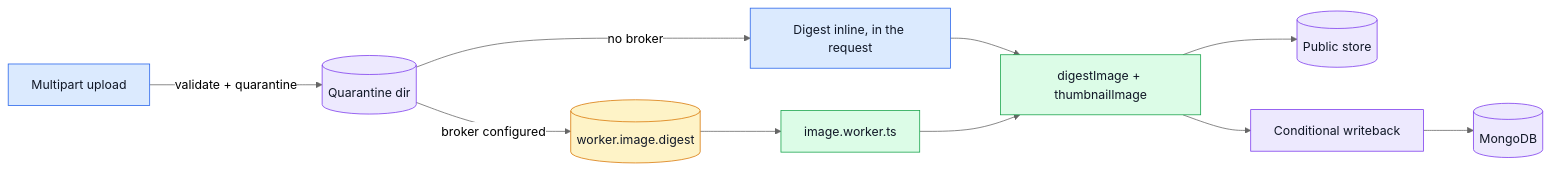
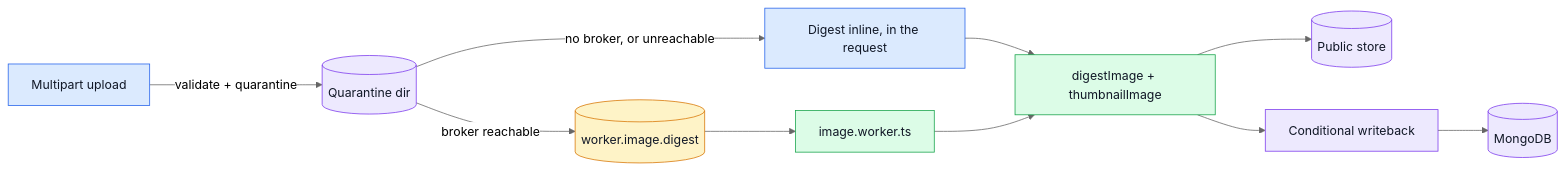
Before and after one commit to Guebbit/boilerplate-node-backend: the diagram in docs/tools/image-processing.md, drawn with Mermaid (neutral theme). The commit also changed other lines of this file and 6 other files, not shown here.

First line of the commit message:
fix(uploads): treat an unreachable queue like no queue for image uploads

````diff
--- a/docs/tools/image-processing.md
+++ b/docs/tools/image-processing.md
@@ -30,22 +30,22 @@
 ```mermaid
 %%{init: {'flowchart': {'nodeSpacing': 55, 'rankSpacing': 65}}}%%
 flowchart LR
     Upload[Multipart upload] -->|validate + quarantine| Quarantine[(Quarantine dir)]
-    Quarantine -->|broker configured| RMQ[(worker.image.digest)]
-    Quarantine -->|no broker| Inline[Digest inline, in the request]
+    Quarantine -->|broker reachable| RMQ[(worker.image.digest)]
+    Quarantine -->|no broker, or unreachable| Inline[Digest inline, in the request]
     RMQ --> Worker[image.worker.ts]
     Inline --> Digest
     Worker --> Digest[digestImage + thumbnailImage]
     Digest --> Public[(Public store)]
     Digest --> Writeback[Conditional writeback]
     Writeback --> DB[(MongoDB)]
 
     classDef app fill:#dbeafe,stroke:#2563eb,color:#111827;
     classDef queue fill:#fef3c7,stroke:#d97706,color:#111827;
     classDef worker fill:#dcfce7,stroke:#16a34a,color:#111827;
     classDef store fill:#ede9fe,stroke:#7c3aed,color:#111827;
     class Upload,Inline app;
     class RMQ queue;
     class Worker,Digest worker;
     class Quarantine,Public,DB,Writeback store;
 ```
````
